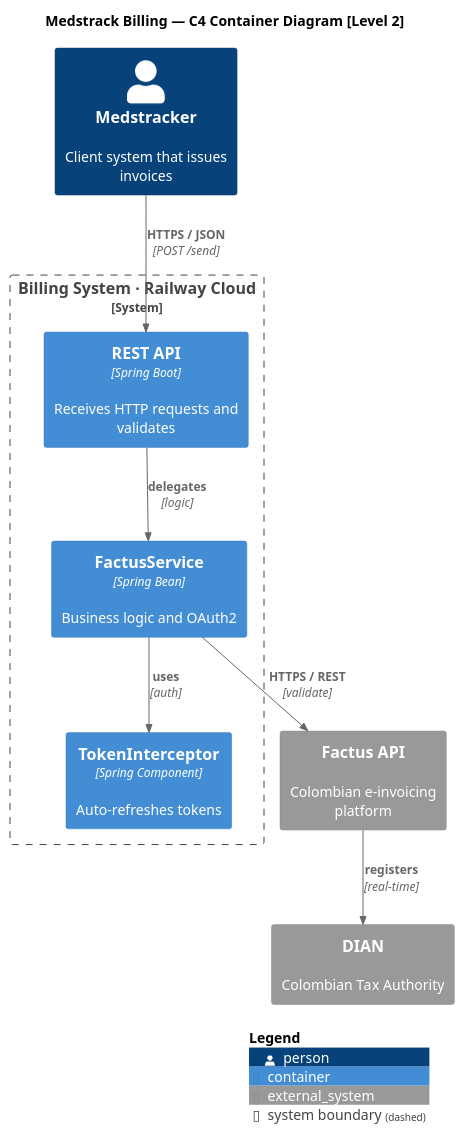
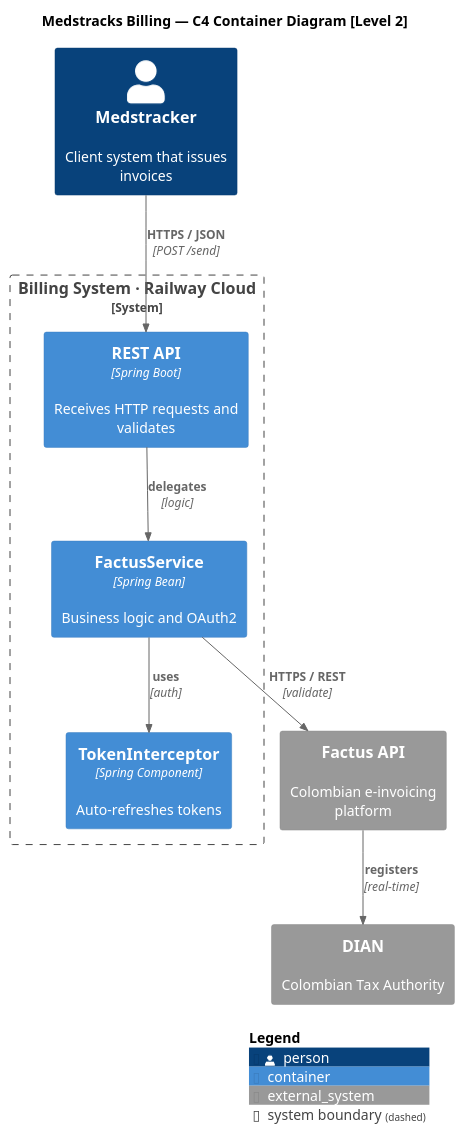
Before and after one commit to felipesulez/Medstrack-factus: the diagram in docs/diagrams/c4-container.puml, drawn with PlantUML.

Commit message:
docs: final trigger test with clean path

```diff
--- a/docs/diagrams/c4-container.puml
+++ b/docs/diagrams/c4-container.puml
@@ -1,26 +1,26 @@
 @startuml c4-container
 !include <C4/C4_Container>
 
 LAYOUT_WITH_LEGEND()
 
-title Medstrack Billing — C4 Container Diagram [Level 2]
+title Medstracks Billing — C4 Container Diagram [Level 2]
 
 Person(client, "Medstracker", "Client system that issues invoices")
 
 System_Boundary(system, "Billing System · Railway Cloud") {
     Container(api, "REST API", "Spring Boot", "Receives HTTP requests and validates")
     Container(service, "FactusService", "Spring Bean", "Business logic and OAuth2")
     Container(interceptor, "TokenInterceptor", "Spring Component", "Auto-refreshes tokens")
 }
 
 System_Ext(factus, "Factus API", "Colombian e-invoicing platform")
 System_Ext(dian, "DIAN", "Colombian Tax Authority")
 
 Rel(client, api, "HTTPS / JSON", "POST /send")
 Rel(api, service, "delegates", "logic")
 Rel(service, interceptor, "uses", "auth")
 Rel(service, factus, "HTTPS / REST", "validate")
 Rel(factus, dian, "registers", "real-time")
 
 SHOW_LEGEND()
 @enduml
```
